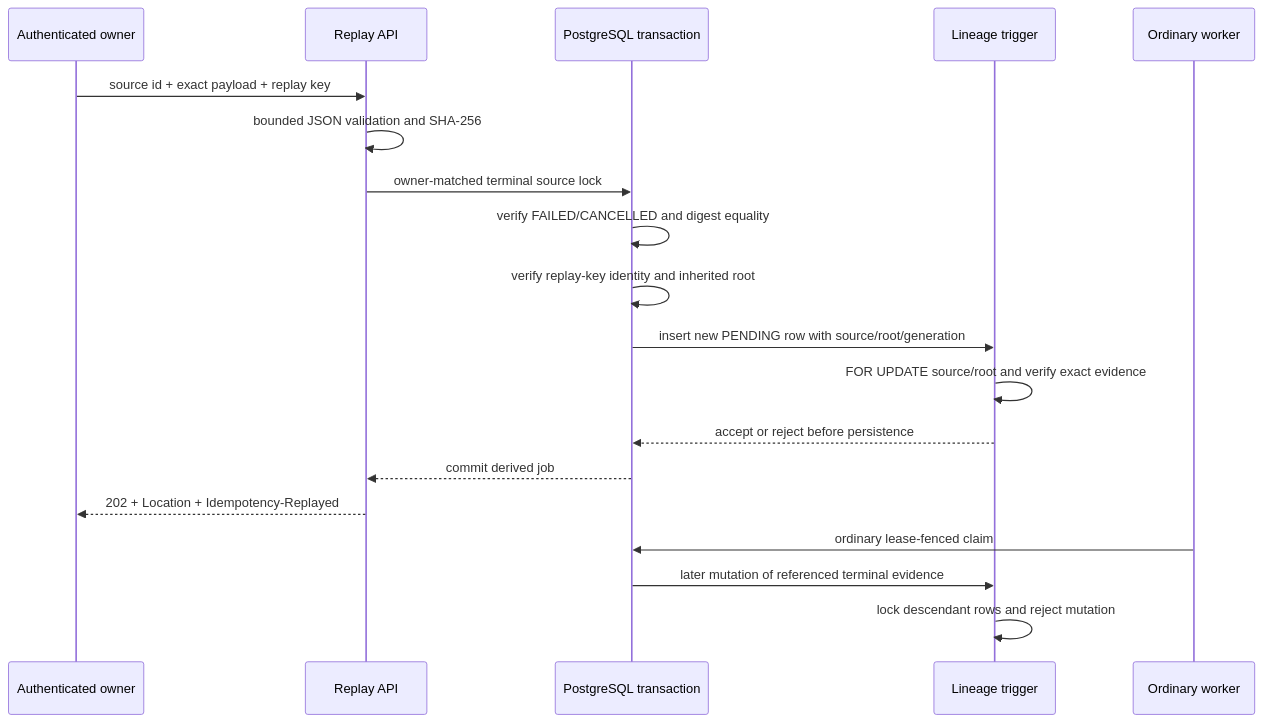
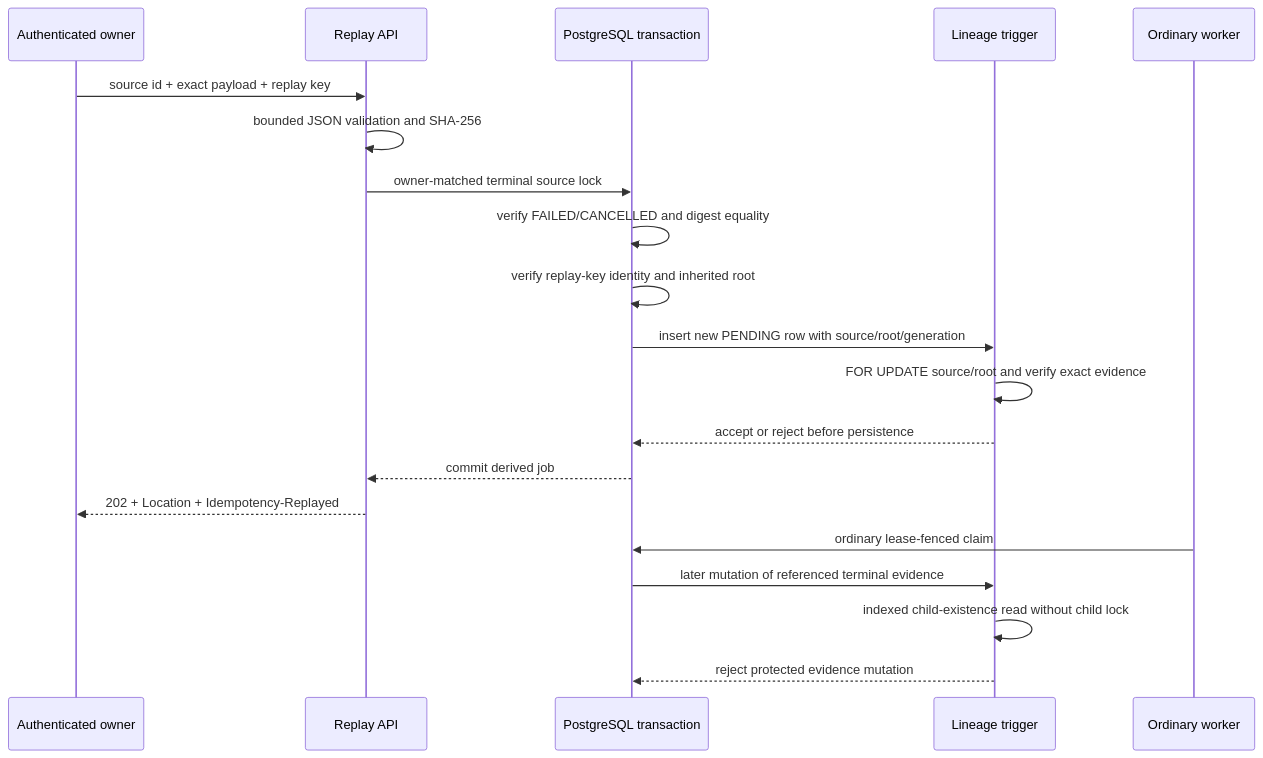
The diagram in docs/adr/2026-08-07-immutable-durable-job-replay.md (ContextualWisdomLab/mightyETL), drawn with Mermaid before and after one commit. The commit also changed other lines of this file, not shown here.

````diff
--- a/docs/adr/2026-08-07-immutable-durable-job-replay.md
+++ b/docs/adr/2026-08-07-immutable-durable-job-replay.md
@@ -47,22 +67,23 @@
 ```mermaid
 sequenceDiagram
     participant O as Authenticated owner
     participant A as Replay API
     participant P as PostgreSQL transaction
     participant T as Lineage trigger
     participant W as Ordinary worker
 
     O->>A: source id + exact payload + replay key
     A->>A: bounded JSON validation and SHA-256
     A->>P: owner-matched terminal source lock
     P->>P: verify FAILED/CANCELLED and digest equality
     P->>P: verify replay-key identity and inherited root
     P->>T: insert new PENDING row with source/root/generation
     T->>T: FOR UPDATE source/root and verify exact evidence
     T-->>P: accept or reject before persistence
     P-->>A: commit derived job
     A-->>O: 202 + Location + Idempotency-Replayed
     W->>P: ordinary lease-fenced claim
     P->>T: later mutation of referenced terminal evidence
-    T->>T: lock descendant rows and reject mutation
+    T->>T: indexed child-existence read without child lock
+    T-->>P: reject protected evidence mutation
 ```
````
